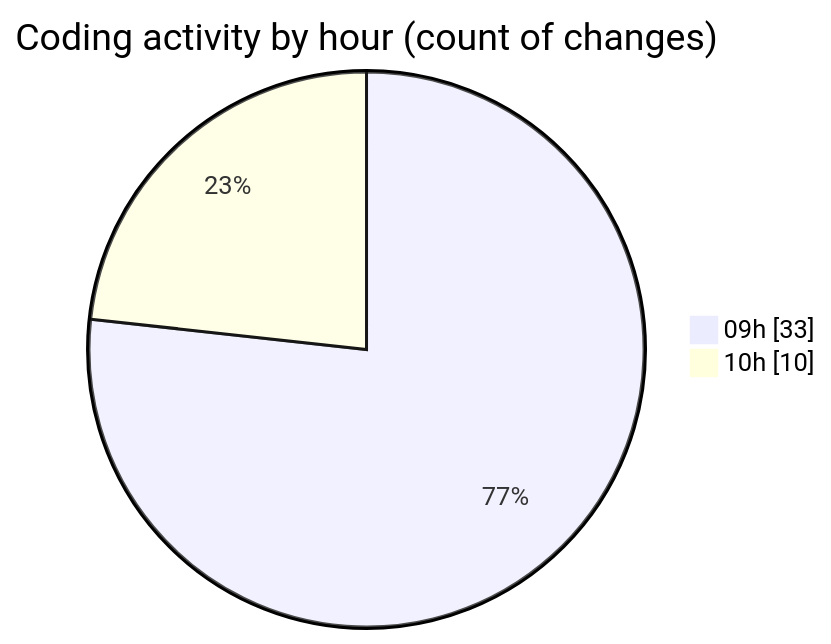
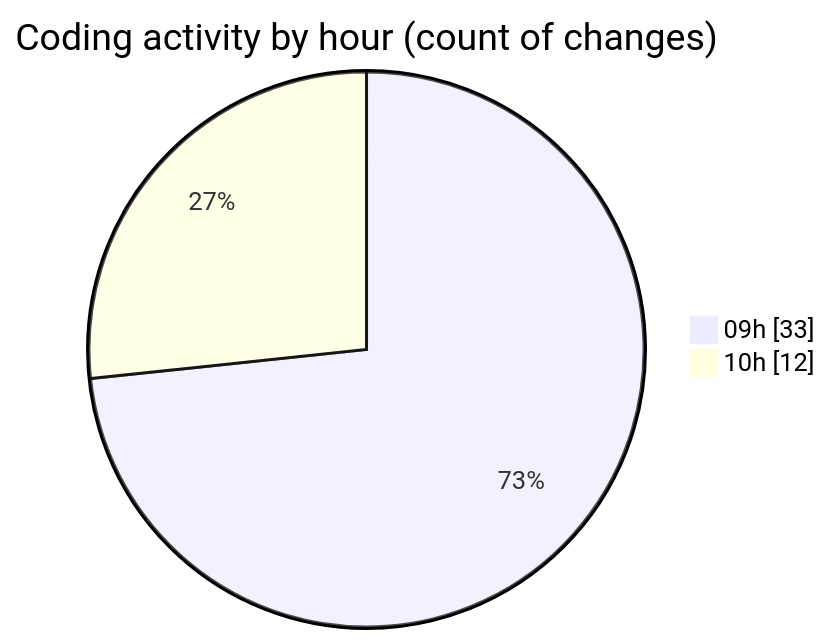
One commit to CELIANVF/code-tracking changed the second of 2 diagrams in 2025-05-20/ecodeli-1/README.md. Above: the diagram before and after it, drawn with Mermaid. The commit also changed other lines of this file and 1 other file, not shown here.

````diff
--- a/2025-05-20/ecodeli-1/README.md
+++ b/2025-05-20/ecodeli-1/README.md
@@ -48,6 +49,6 @@
 ```mermaid
 pie showData
 title Coding activity by hour (count of changes)
 "09h" : 33
-"10h" : 10
+"10h" : 12
 ```
````
